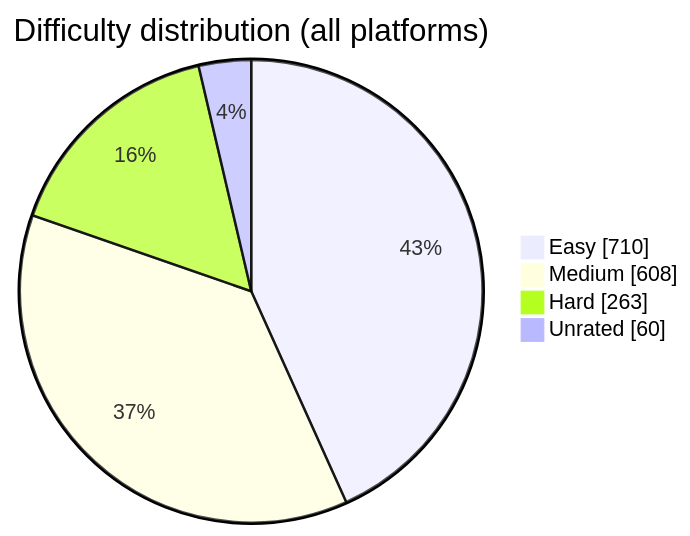
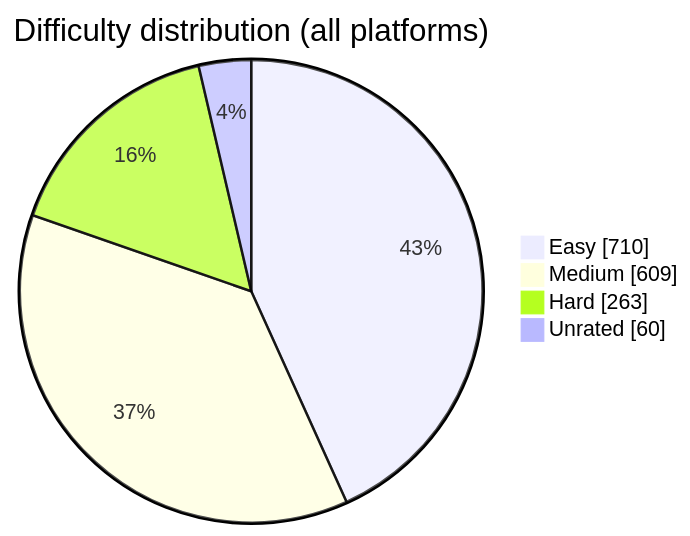
The diagram in README.md (BuildbyArindam/Daily-Coding-Log), drawn with Mermaid before and after one commit. The commit also changed other lines of this file, not shown here.

````diff
--- a/README.md
+++ b/README.md
@@ -93,7 +93,7 @@
 ```mermaid
 pie showData title Difficulty distribution (all platforms)
     "Easy" : 710
-    "Medium" : 608
+    "Medium" : 609
     "Hard" : 263
     "Unrated" : 60
 ```
````
